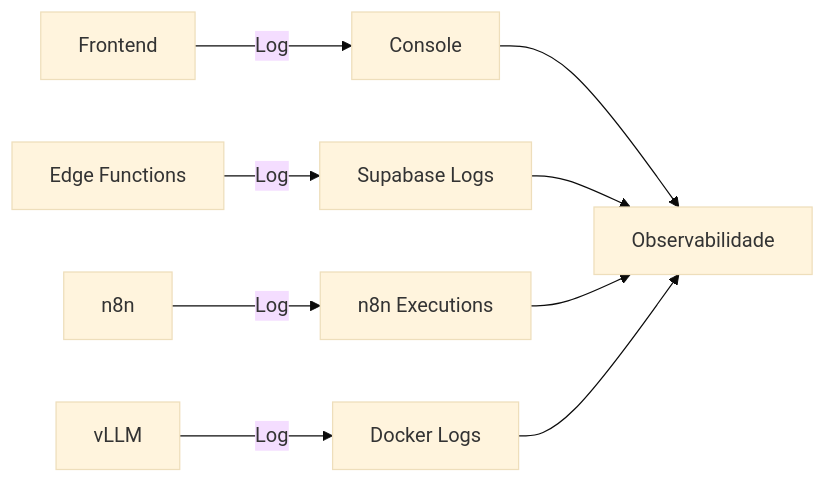
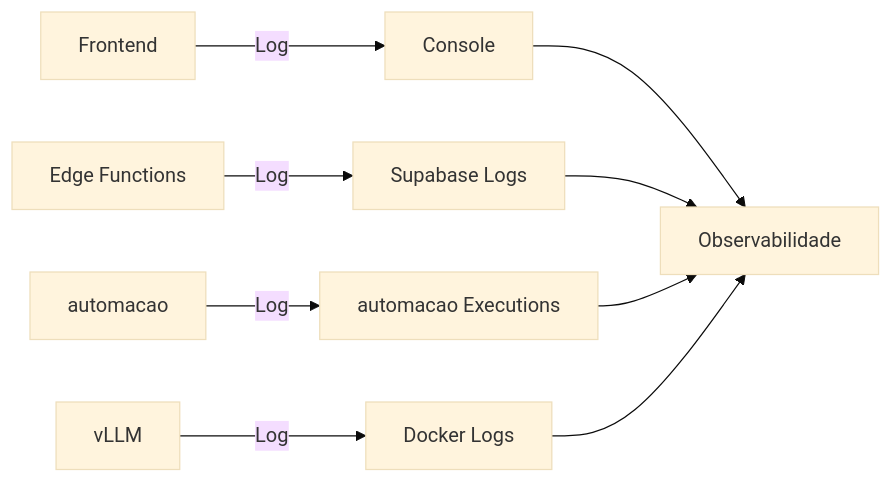
Before and after one commit to MTechnologia/camana-na-mao: diagram 16 of 17 in docs/DIAGRAMA_INTEGRACOES.md, drawn with Mermaid (base theme). The commit also changed other lines of this file and 77 other files, not shown here.

````diff
--- a/docs/DIAGRAMA_INTEGRACOES.md
+++ b/docs/DIAGRAMA_INTEGRACOES.md
@@ -637,12 +637,12 @@
 ```mermaid
 flowchart LR
     A[Frontend] -->|Log| B[Console]
     C[Edge Functions] -->|Log| D[Supabase Logs]
-    E[n8n] -->|Log| F[n8n Executions]
+    E[automacao] -->|Log| F[automacao Executions]
     G[vLLM] -->|Log| H[Docker Logs]
     
     B --> I[Observabilidade]
     D --> I
     F --> I
     H --> I
 ```
````
